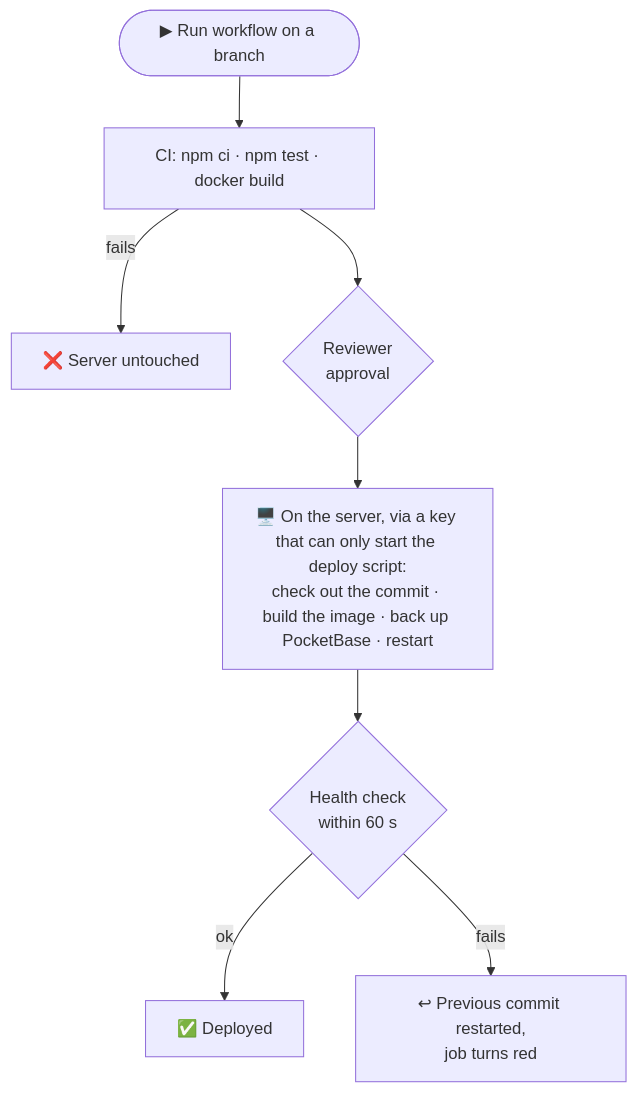
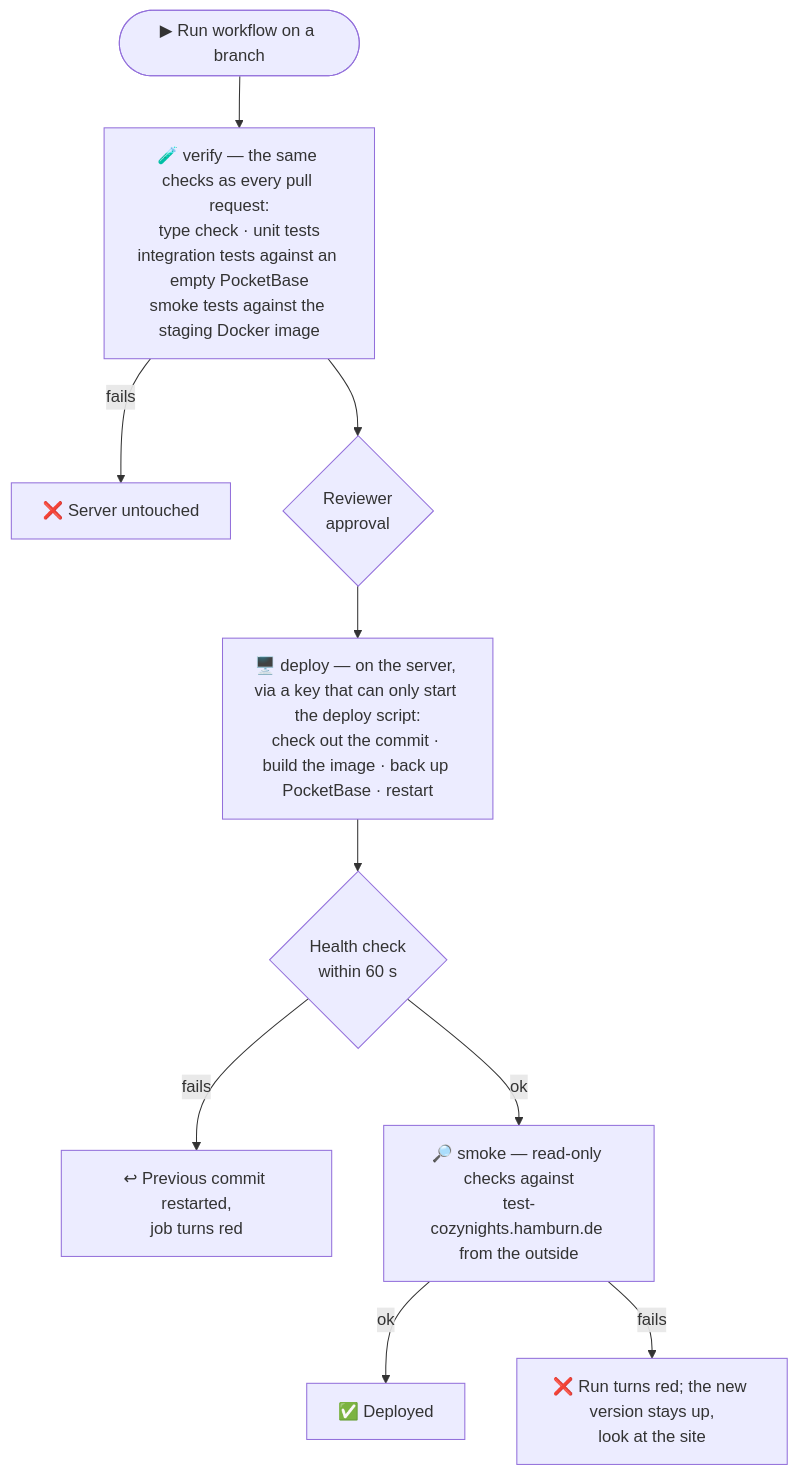
Before and after one commit to MorpheusMXML/hamburn-cozynights: the second of 2 diagrams in docs/develop/deployment.md, drawn with Mermaid. The commit also changed other lines of this file and 8 other files, not shown here.

First line of the commit message:
docs: move the testing guide into the site, describe the verify → deploy → smoke pipeline

````diff
--- a/docs/develop/deployment.md
+++ b/docs/develop/deployment.md
@@ -52,10 +52,12 @@
 ```mermaid
 flowchart TD
-  run(["▶ Run workflow on a branch"]) --> verify["CI: npm ci · npm test · docker build"]
+  run(["▶ Run workflow on a branch"]) --> verify["🧪 verify — the same checks as every pull request:<br/>type check · unit tests<br/>integration tests against an empty PocketBase<br/>smoke tests against the staging Docker image"]
   verify -- fails --> stop1["❌ Server untouched"]
   verify --> approve{"Reviewer<br/>approval"}
-  approve --> server["🖥️ On the server, via a key that can only start the deploy script:<br/>check out the commit · build the image · back up PocketBase · restart"]
+  approve --> server["🖥️ deploy — on the server, via a key that can only start the deploy script:<br/>check out the commit · build the image · back up PocketBase · restart"]
   server --> health{"Health check<br/>within 60 s"}
-  health -- ok --> done["✅ Deployed"]
   health -- fails --> rollback["↩ Previous commit restarted,<br/>job turns red"]
+  health -- ok --> smoke["🔎 smoke — read-only checks against<br/>test-cozynights.hamburn.de from the outside"]
+  smoke -- ok --> done["✅ Deployed"]
+  smoke -- fails --> red["❌ Run turns red; the new version stays up,<br/>look at the site"]
 ```
````
